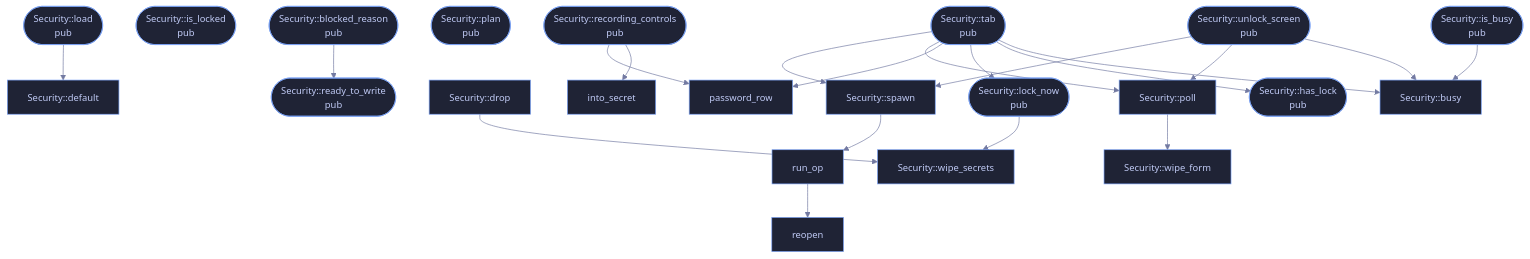
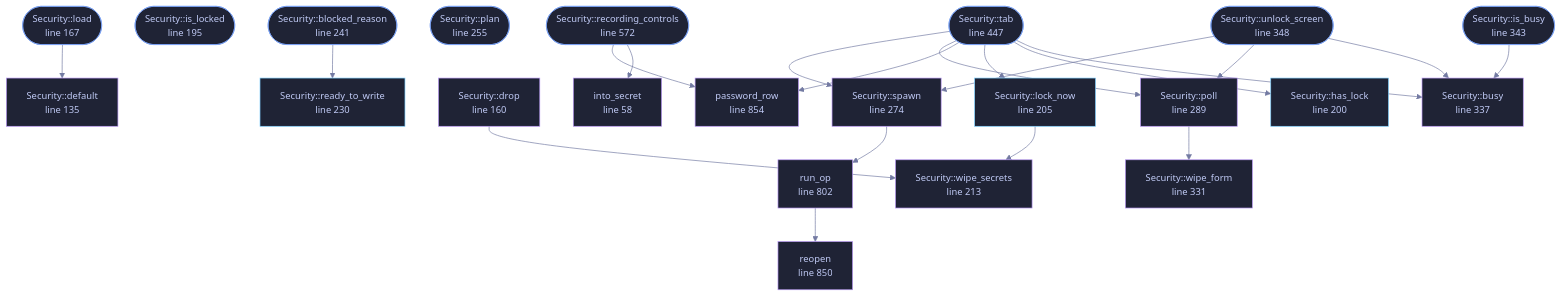
Before and after one commit to tilas01/veilvoice: the diagram in docs/files/veilvoice-gui/security.md, drawn with Mermaid. The commit also changed other lines of this file and 182 other files, not shown here.

````diff
--- a/docs/files/veilvoice-gui/security.md
+++ b/docs/files/veilvoice-gui/security.md
@@ -77,45 +110,51 @@
 ```mermaid
 %%{init: {"theme":"base","themeVariables":{"background":"#1a1b26","primaryColor":"#1f2335","primaryTextColor":"#c0caf5","primaryBorderColor":"#7aa2f7","secondaryColor":"#16161e","tertiaryColor":"#16161e","lineColor":"#737aa2","textColor":"#c0caf5","mainBkg":"#1f2335","nodeBorder":"#7aa2f7","clusterBkg":"#16161e","clusterBorder":"#2f3549","fontFamily":"ui-monospace, SFMono-Regular, Consolas, monospace","fontSize":"14px"}}}%%
 flowchart TD
-    n_into_secret["into_secret"]
-    n_default["Security::default"]
-    n_drop["Security::drop"]
-    n_load(["Security::load<br/>pub"])
-    n_is_locked(["Security::is_locked<br/>pub"])
-    n_has_lock(["Security::has_lock<br/>pub"])
-    n_lock_now(["Security::lock_now<br/>pub"])
-    n_wipe_secrets["Security::wipe_secrets"]
-    n_ready_to_write(["Security::ready_to_write<br/>pub"])
-    n_blocked_reason(["Security::blocked_reason<br/>pub"])
-    n_plan(["Security::plan<br/>pub"])
-    n_spawn["Security::spawn"]
-    n_poll["Security::poll"]
-    n_wipe_form["Security::wipe_form"]
-    n_busy["Security::busy"]
-    n_is_busy(["Security::is_busy<br/>pub"])
-    n_unlock_screen(["Security::unlock_screen<br/>pub"])
-    n_tab(["Security::tab<br/>pub"])
-    n_recording_controls(["Security::recording_controls<br/>pub"])
-    n_run_op["run_op"]
-    n_reopen["reopen"]
-    n_password_row["password_row"]
+    n_into_secret["into_secret<br/>line 58"]
+    n_default["Security::default<br/>line 135"]
+    n_drop["Security::drop<br/>line 160"]
+    n_load(["Security::load<br/>line 167"])
+    n_is_locked(["Security::is_locked<br/>line 195"])
+    n_has_lock["Security::has_lock<br/>line 200"]
+    n_lock_now["Security::lock_now<br/>line 205"]
+    n_wipe_secrets["Security::wipe_secrets<br/>line 213"]
+    n_ready_to_write["Security::ready_to_write<br/>line 230"]
+    n_blocked_reason(["Security::blocked_reason<br/>line 241"])
+    n_plan(["Security::plan<br/>line 255"])
+    n_spawn["Security::spawn<br/>line 274"]
+    n_poll["Security::poll<br/>line 289"]
+    n_wipe_form["Security::wipe_form<br/>line 331"]
+    n_busy["Security::busy<br/>line 337"]
+    n_is_busy(["Security::is_busy<br/>line 343"])
+    n_unlock_screen(["Security::unlock_screen<br/>line 348"])
+    n_tab(["Security::tab<br/>line 447"])
+    n_recording_controls(["Security::recording_controls<br/>line 572"])
+    n_run_op["run_op<br/>line 802"]
+    n_reopen["reopen<br/>line 850"]
+    n_password_row["password_row<br/>line 854"]
     n_blocked_reason --> n_ready_to_write
     n_drop --> n_wipe_secrets
     n_is_busy --> n_busy
     n_load --> n_default
     n_lock_now --> n_wipe_secrets
     n_poll --> n_wipe_form
     n_recording_controls --> n_into_secret
     n_recording_controls --> n_password_row
     n_run_op --> n_reopen
     n_spawn --> n_run_op
     n_tab --> n_busy
     n_tab --> n_has_lock
     n_tab --> n_lock_now
     n_tab --> n_password_row
     n_tab --> n_poll
     n_tab --> n_spawn
     n_unlock_screen --> n_busy
     n_unlock_screen --> n_poll
     n_unlock_screen --> n_spawn
+    classDef entry fill:#1f2335,stroke:#7aa2f7,color:#c0caf5
+    class n_load,n_is_locked,n_blocked_reason,n_plan,n_is_busy,n_unlock_screen,n_tab,n_recording_controls entry
+    classDef api fill:#1f2335,stroke:#7dcfff,color:#c0caf5
+    class n_has_lock,n_lock_now,n_ready_to_write api
+    classDef helper fill:#1f2335,stroke:#bb9af7,color:#c0caf5
+    class n_into_secret,n_default,n_drop,n_wipe_secrets,n_spawn,n_poll,n_wipe_form,n_busy,n_run_op,n_reopen,n_password_row helper
 ```
````
